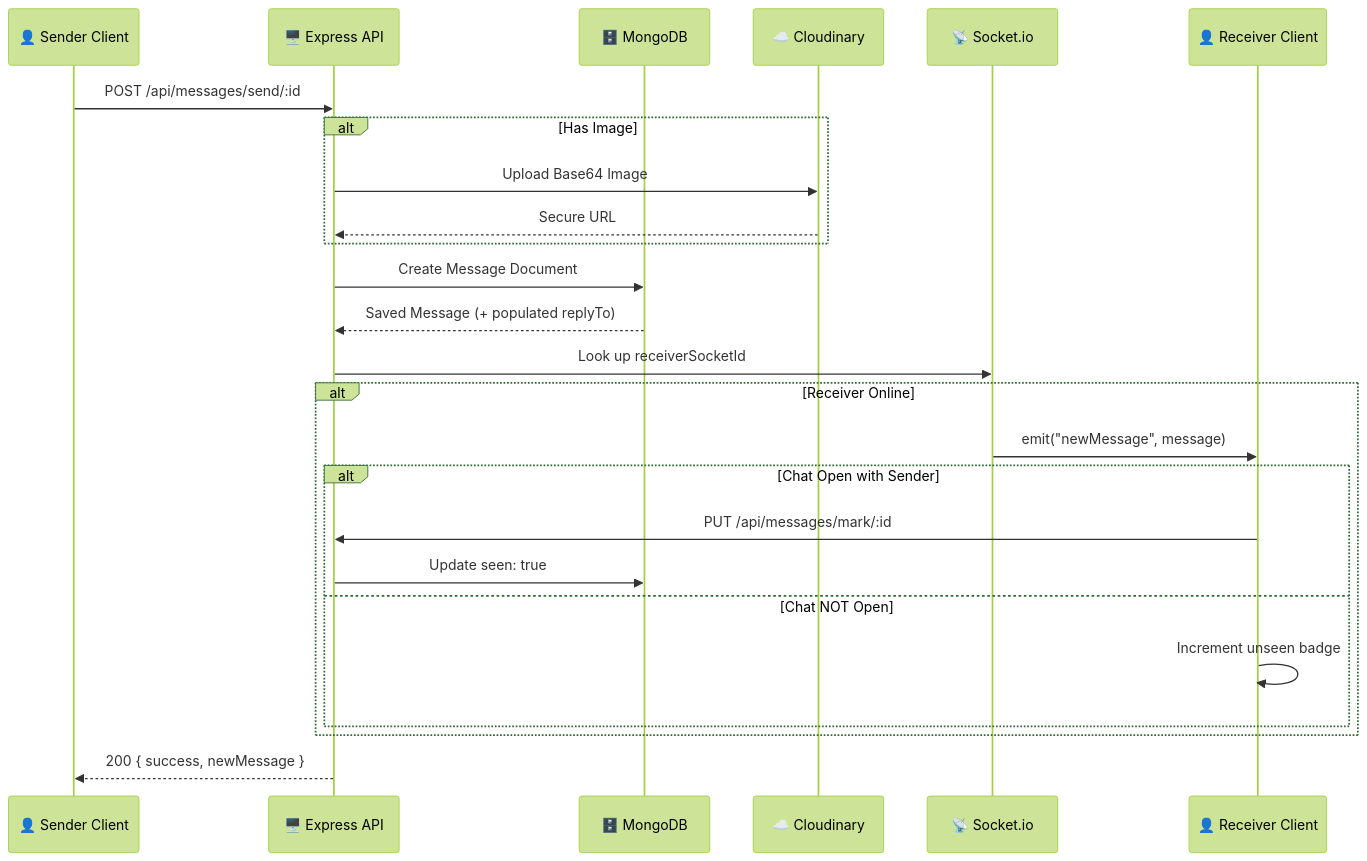
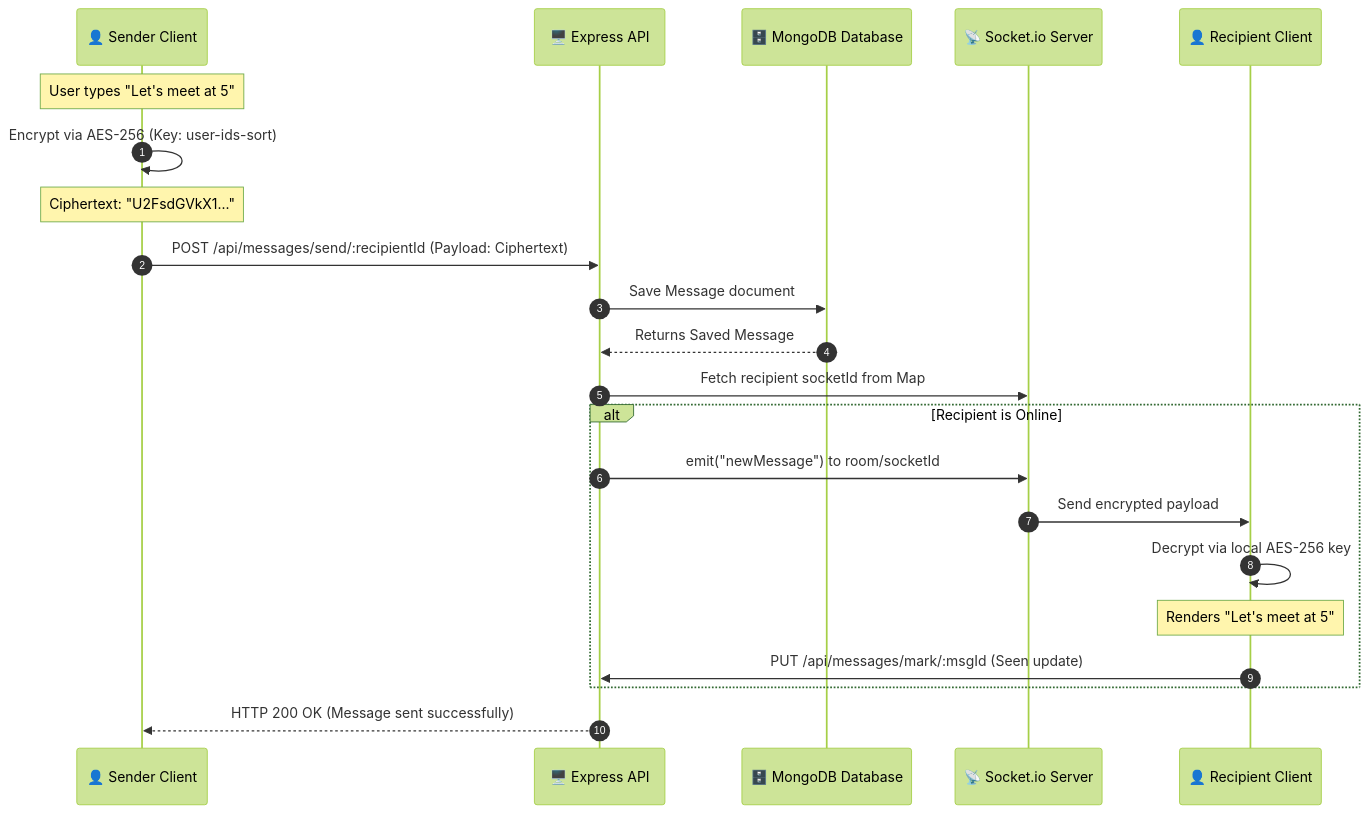
The second of 4 diagrams in README.md (SarthakDudhe/ChatApplication), drawn with Mermaid (forest theme) before and after one commit. The commit also changed other lines of this file, not shown here.

````diff
--- a/README.md
+++ b/README.md
@@ -236,34 +182,25 @@
 ```mermaid
 sequenceDiagram
-    participant Sender as 👤 Sender Client
-    participant API as 🖥️ Express API
-    participant DB as 🗄️ MongoDB
-    participant CDN as ☁️ Cloudinary
-    participant WS as 📡 Socket.io
-    participant Receiver as 👤 Receiver Client
+    autonumber
+    participant ClientA as 👤 Sender Client
+    participant Express as 🖥️ Express API
+    participant MongoDB as 🗄️ MongoDB Database
+    participant SocketServer as 📡 Socket.io Server
+    participant ClientB as 👤 Recipient Client
 
-    Sender->>API: POST /api/messages/send/:id
-    
-    alt Has Image
-        API->>CDN: Upload Base64 Image
-        CDN-->>API: Secure URL
+    Note over ClientA: User types "Let's meet at 5"
+    ClientA->>ClientA: Encrypt via AES-256 (Key: user-ids-sort)
+    Note over ClientA: Ciphertext: "U2FsdGVkX1..."
+    ClientA->>Express: POST /api/messages/send/:recipientId (Payload: Ciphertext)
+    Express->>MongoDB: Save Message document
+    MongoDB-->>Express: Returns Saved Message
+    Express->>SocketServer: Fetch recipient socketId from Map
+    alt Recipient is Online
+        Express->>SocketServer: emit("newMessage") to room/socketId
+        SocketServer->>ClientB: Send encrypted payload
+        ClientB->>ClientB: Decrypt via local AES-256 key
+        Note over ClientB: Renders "Let's meet at 5"
+        ClientB->>Express: PUT /api/messages/mark/:msgId (Seen update)
     end
-    
-    API->>DB: Create Message Document
-    DB-->>API: Saved Message (+ populated replyTo)
-    
-    API->>WS: Look up receiverSocketId
-    
-    alt Receiver Online
-        WS->>Receiver: emit("newMessage", message)
-        
-        alt Chat Open with Sender
-            Receiver->>API: PUT /api/messages/mark/:id
-            API->>DB: Update seen: true
-        else Chat NOT Open
-            Receiver->>Receiver: Increment unseen badge
-        end
-    end
-    
-    API-->>Sender: 200 { success, newMessage }
+    Express-->>ClientA: HTTP 200 OK (Message sent successfully)
 ```
````
